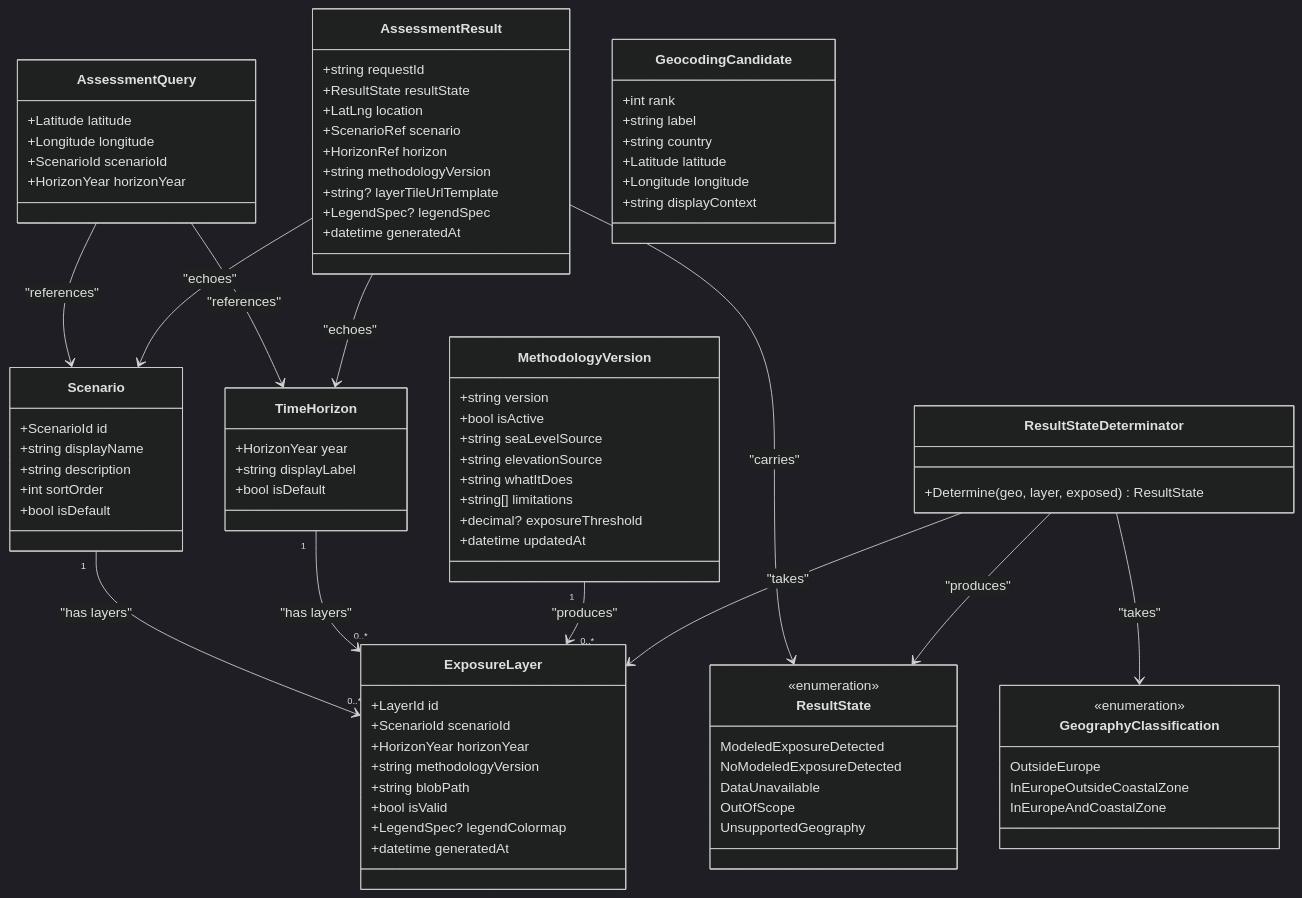
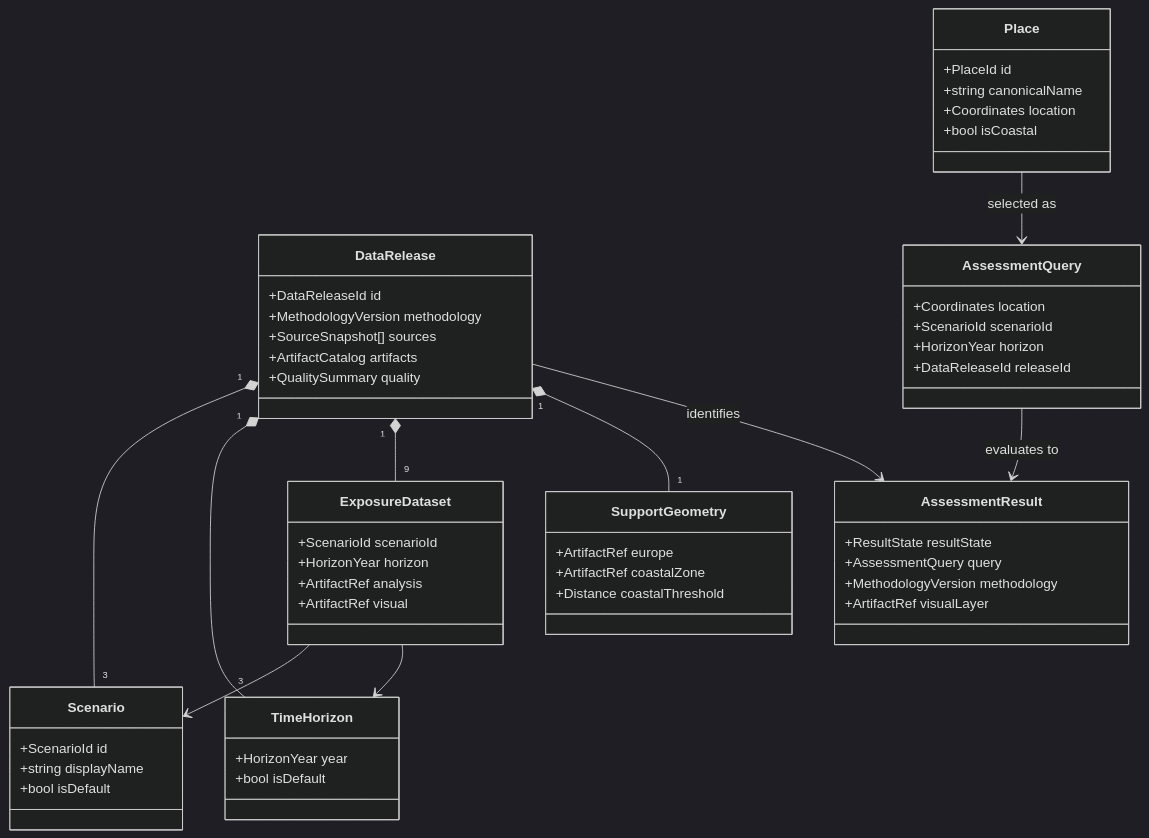
One commit to artemsemdev/SeaRise-Europe changed the first of 2 diagrams in docs/architecture/13-domain-model.md. Above: the diagram before and after it, drawn with Mermaid (dark theme). The commit also changed other lines of this file and 62 other files, not shown here.

Commit message:
docs: adopt static-first architecture

````diff
--- a/docs/architecture/13-domain-model.md
+++ b/docs/architecture/13-domain-model.md
@@ -230,98 +28,58 @@
 ```mermaid
 classDiagram
+    class DataRelease {
+        +DataReleaseId id
+        +MethodologyVersion methodology
+        +SourceSnapshot[] sources
+        +ArtifactCatalog artifacts
+        +QualitySummary quality
+    }
     class Scenario {
         +ScenarioId id
         +string displayName
-        +string description
-        +int sortOrder
         +bool isDefault
     }
-
     class TimeHorizon {
         +HorizonYear year
-        +string displayLabel
         +bool isDefault
     }
-
-    class MethodologyVersion {
-        +string version
-        +bool isActive
-        +string seaLevelSource
-        +string elevationSource
-        +string whatItDoes
-        +string[] limitations
-        +decimal? exposureThreshold
-        +datetime updatedAt
+    class ExposureDataset {
+        +ScenarioId scenarioId
+        +HorizonYear horizon
+        +ArtifactRef analysis
+        +ArtifactRef visual
+    }
+    class SupportGeometry {
+        +ArtifactRef europe
+        +ArtifactRef coastalZone
+        +Distance coastalThreshold
+    }
+    class Place {
+        +PlaceId id
+        +string canonicalName
+        +Coordinates location
+        +bool isCoastal
+    }
+    class AssessmentQuery {
+        +Coordinates location
+        +ScenarioId scenarioId
+        +HorizonYear horizon
+        +DataReleaseId releaseId
+    }
+    class AssessmentResult {
+        +ResultState resultState
+        +AssessmentQuery query
+        +MethodologyVersion methodology
+        +ArtifactRef visualLayer
     }
 
-    class ExposureLayer {
-        +LayerId id
-        +ScenarioId scenarioId
-        +HorizonYear horizonYear
-        +string methodologyVersion
-        +string blobPath
-        +bool isValid
-        +LegendSpec? legendColormap
-        +datetime generatedAt
-    }
-
-    class AssessmentQuery {
-        +Latitude latitude
-        +Longitude longitude
-        +ScenarioId scenarioId
-        +HorizonYear horizonYear
-    }
-
-    class AssessmentResult {
-        +string requestId
-        +ResultState resultState
-        +LatLng location
-        +ScenarioRef scenario
-        +HorizonRef horizon
-        +string methodologyVersion
-        +string? layerTileUrlTemplate
-        +LegendSpec? legendSpec
-        +datetime generatedAt
-    }
-
-    class GeographyClassification {
-        <<enumeration>>
-        OutsideEurope
-        InEuropeOutsideCoastalZone
-        InEuropeAndCoastalZone
-    }
-
-    class ResultState {
-        <<enumeration>>
-        ModeledExposureDetected
-        NoModeledExposureDetected
-        DataUnavailable
-        OutOfScope
-        UnsupportedGeography
-    }
-
-    class ResultStateDeterminator {
-        +Determine(geo, layer, exposed) ResultState
-    }
-
-    class GeocodingCandidate {
-        +int rank
-        +string label
-        +string country
-        +Latitude latitude
-        +Longitude longitude
-        +string displayContext
-    }
-
-    Scenario "1" --> "0..*" ExposureLayer : "has layers"
-    TimeHorizon "1" --> "0..*" ExposureLayer : "has layers"
-    MethodologyVersion "1" --> "0..*" ExposureLayer : "produces"
-    AssessmentQuery --> Scenario : "references"
-    AssessmentQuery --> TimeHorizon : "references"
-    AssessmentResult --> ResultState : "carries"
-    AssessmentResult --> Scenario : "echoes"
-    AssessmentResult --> TimeHorizon : "echoes"
-    ResultStateDeterminator --> GeographyClassification : "takes"
-    ResultStateDeterminator --> ExposureLayer : "takes"
-    ResultStateDeterminator --> ResultState : "produces"
+    DataRelease "1" *-- "3" Scenario
+    DataRelease "1" *-- "3" TimeHorizon
+    DataRelease "1" *-- "9" ExposureDataset
+    DataRelease "1" *-- "1" SupportGeometry
+    ExposureDataset --> Scenario
+    ExposureDataset --> TimeHorizon
+    Place --> AssessmentQuery : selected as
+    AssessmentQuery --> AssessmentResult : evaluates to
+    DataRelease --> AssessmentResult : identifies
 ```
````
